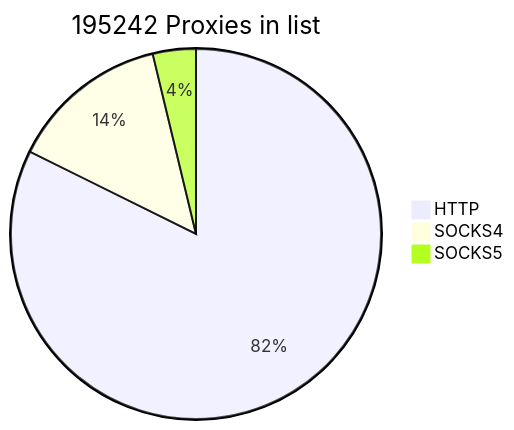
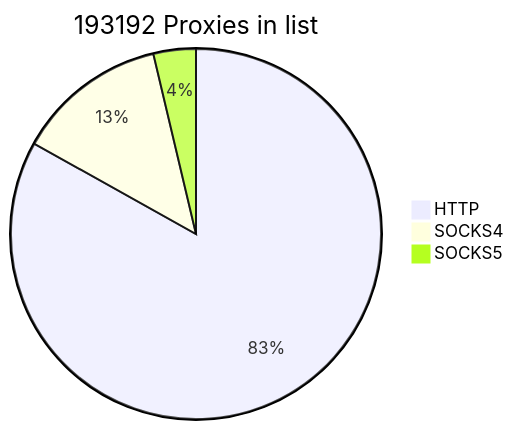
The first of 2 diagrams in README.md (cutipu/proxylist), drawn with Mermaid before and after one commit. The commit also changed other lines of this file, not shown here.

````diff
--- a/README.md
+++ b/README.md
@@ -2,7 +2,7 @@
 ```mermaid
-pie title 195242 Proxies in list
-    "HTTP" : 160731
-    "SOCKS4" : 27178
-    "SOCKS5" : 7333
+pie title 193192 Proxies in list
+    "HTTP" : 160549
+    "SOCKS4" : 25492
+    "SOCKS5" : 7151
             
 ```
````
